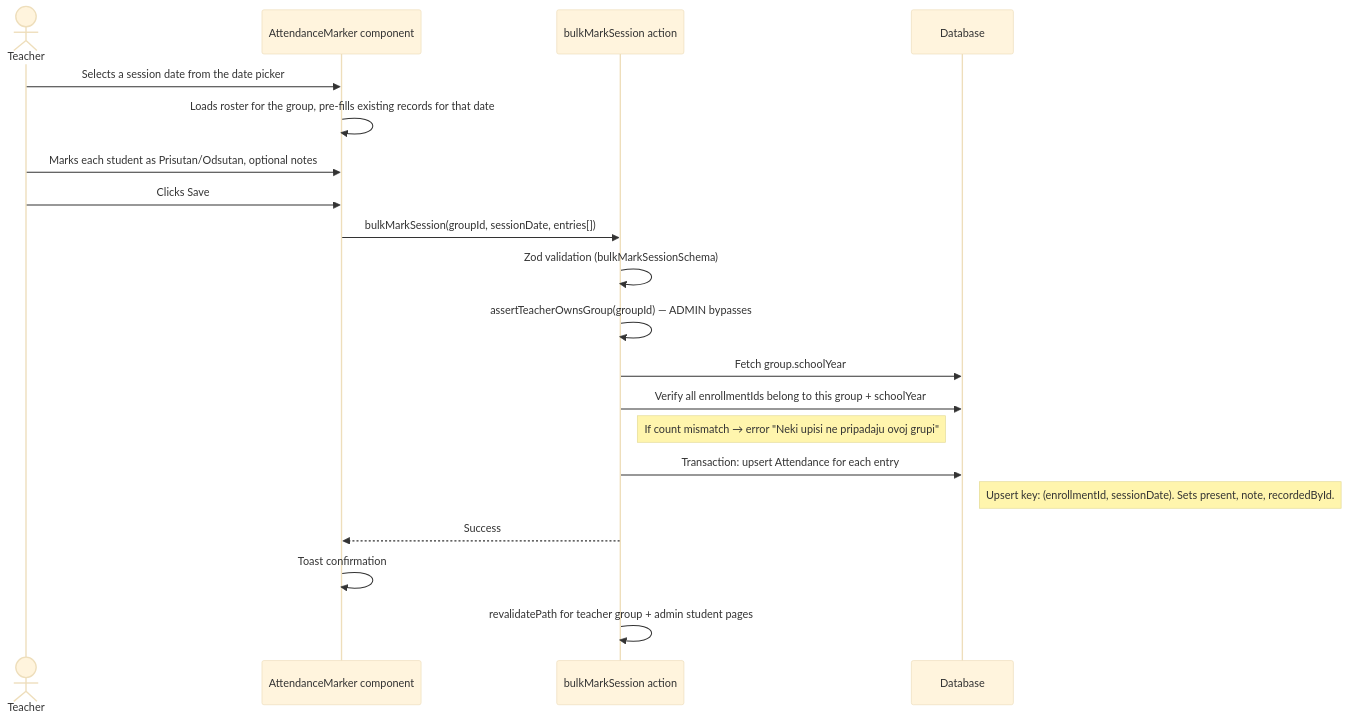
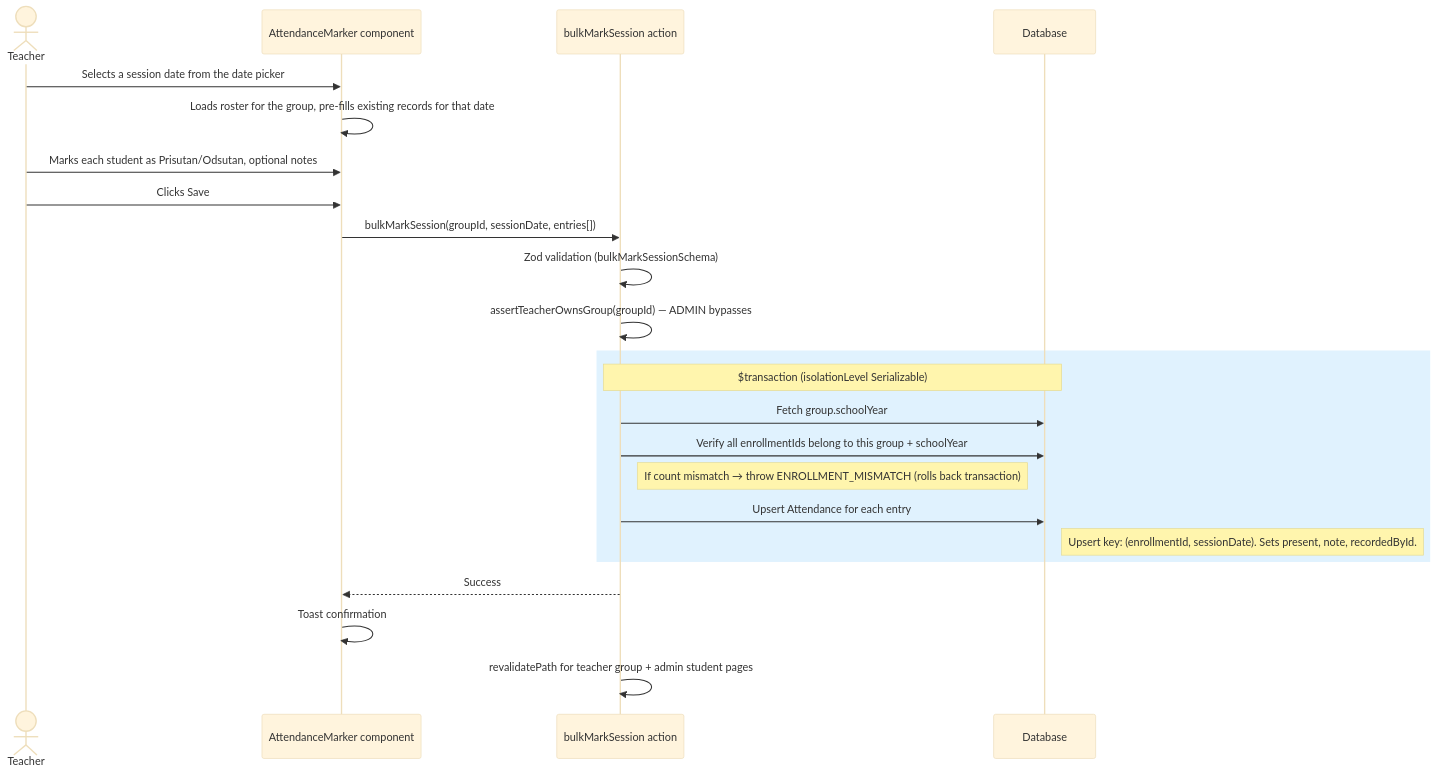
The third of 4 diagrams in docs/diagrams/attendance-flow.md (jpucic00/inovatic), drawn with Mermaid (base theme) before and after one commit. The commit also changed 5 other files, not shown here.

First line of the commit message:
Sync Phase 3 diagrams: deletedAt, Zod parse, Serializable TX, delete rules

````diff
--- a/docs/diagrams/attendance-flow.md
+++ b/docs/diagrams/attendance-flow.md
@@ -46,29 +46,31 @@
 ```mermaid
 sequenceDiagram
     actor Teacher
     participant UI as AttendanceMarker component
     participant Server as bulkMarkSession action
     participant DB as Database
 
     Teacher->>UI: Selects a session date from the date picker
     UI->>UI: Loads roster for the group, pre-fills existing records for that date
 
     Teacher->>UI: Marks each student as Prisutan/Odsutan, optional notes
     Teacher->>UI: Clicks Save
 
     UI->>Server: bulkMarkSession(groupId, sessionDate, entries[])
 
     Server->>Server: Zod validation (bulkMarkSessionSchema)
     Server->>Server: assertTeacherOwnsGroup(groupId) — ADMIN bypasses
 
-    Server->>DB: Fetch group.schoolYear
-    Server->>DB: Verify all enrollmentIds belong to this group + schoolYear
-    Note right of Server: If count mismatch → error "Neki upisi ne pripadaju ovoj grupi"
-
-    Server->>DB: Transaction: upsert Attendance for each entry
-    Note right of DB: Upsert key: (enrollmentId, sessionDate). Sets present, note, recordedById.
+    rect rgb(224, 242, 254)
+        Note over Server,DB: $transaction (isolationLevel Serializable)
+        Server->>DB: Fetch group.schoolYear
+        Server->>DB: Verify all enrollmentIds belong to this group + schoolYear
+        Note right of Server: If count mismatch → throw ENROLLMENT_MISMATCH (rolls back transaction)
+        Server->>DB: Upsert Attendance for each entry
+        Note right of DB: Upsert key: (enrollmentId, sessionDate). Sets present, note, recordedById.
+    end
 
     Server-->>UI: Success
     UI->>UI: Toast confirmation
     Server->>Server: revalidatePath for teacher group + admin student pages
 ```
````
